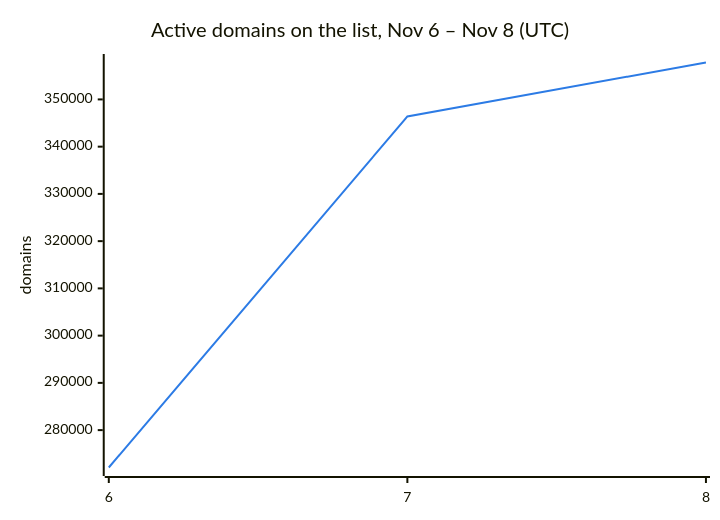
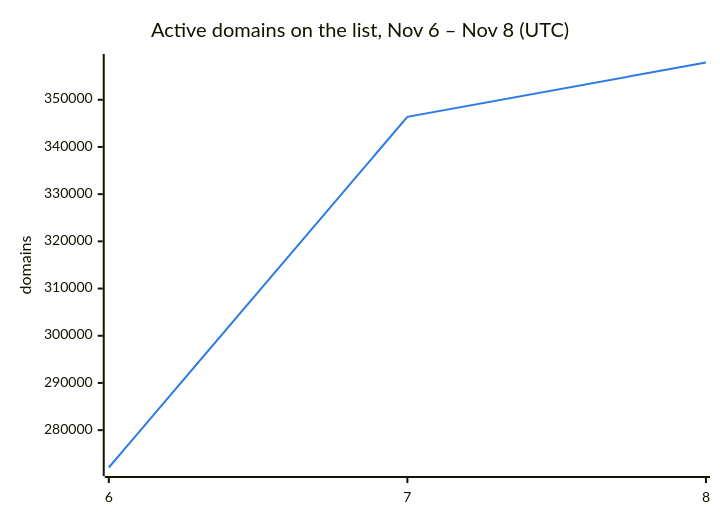
Before and after one commit to DNSBunker/CTI: the second of 3 diagrams in README.md, drawn with Mermaid. The commit also changed other lines of this file and 3 other files, not shown here.

````diff
--- a/README.md
+++ b/README.md
@@ -38,8 +38,8 @@
 ```mermaid
 %%{init: {"themeVariables": {"xyChart": {"plotColorPalette": "#2c7be5"}}}}%%
 xychart-beta
     title "Active domains on the list, Nov 6 – Nov 8 (UTC)"
     x-axis ["6", "7", "8"]
     y-axis "domains"
-    line [272088, 346388, 357813]
+    line [272088, 346388, 357893]
 ```
````
